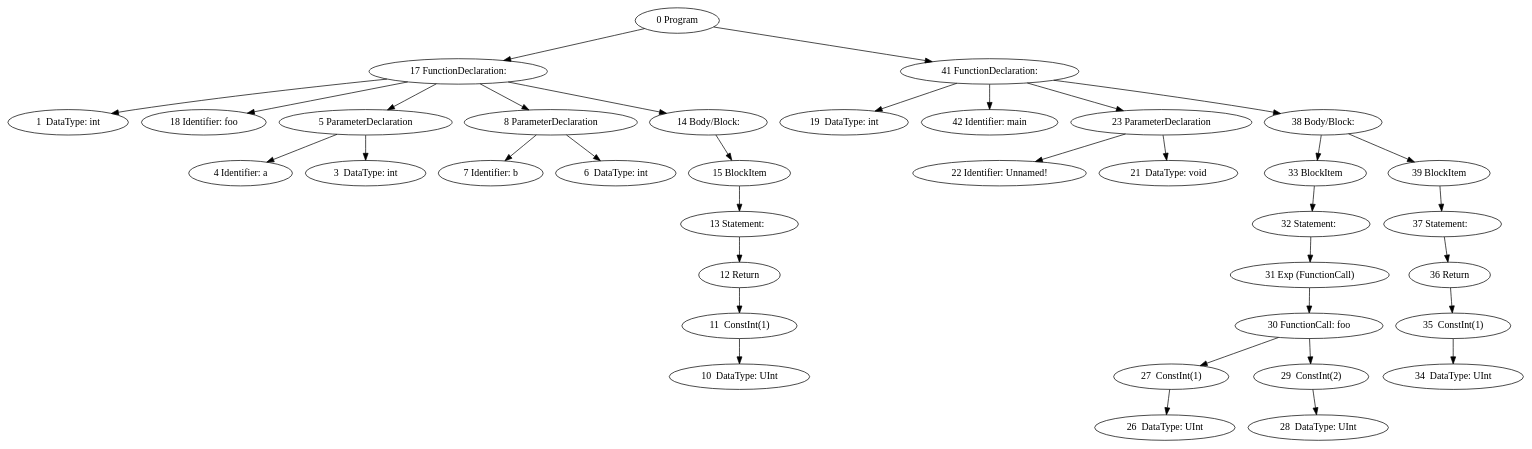
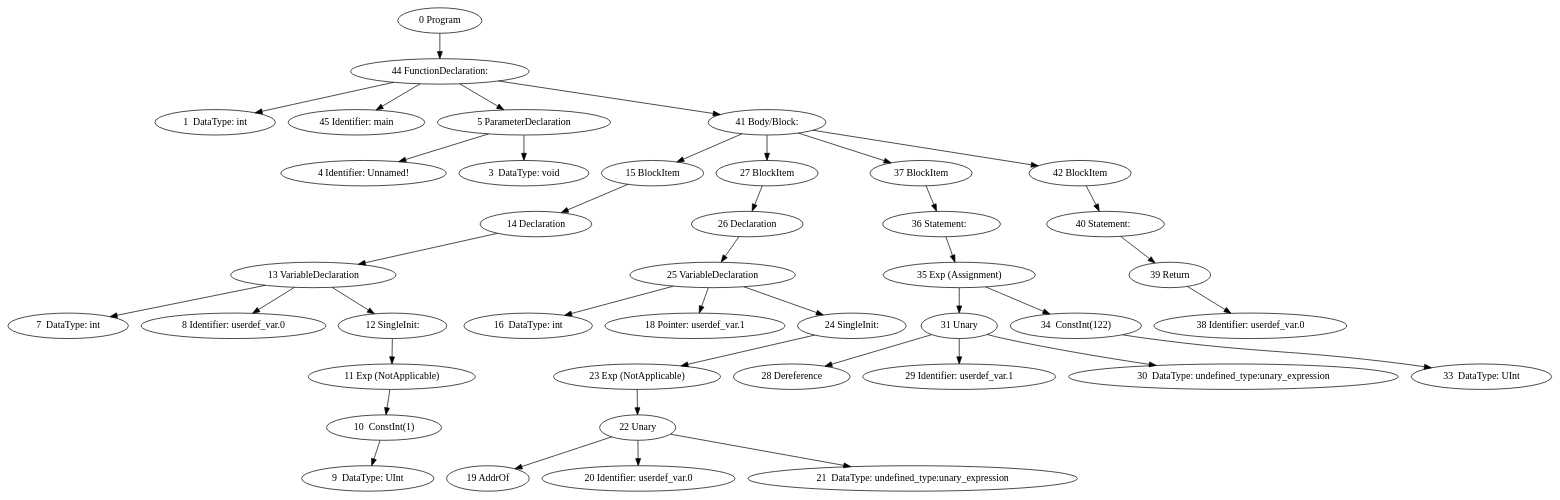
Before and after one commit to Thewbi/stm8_asm: the diagram in abstract_syntax_tree_post_semantic.dot, drawn with Graphviz. The commit also changed 34 other files, not shown here.

```diff
--- a/abstract_syntax_tree_post_semantic.dot
+++ b/abstract_syntax_tree_post_semantic.dot
@@ -1,73 +1,83 @@
 digraph {
 0 [label="0 Program"]
-17 [label="17 FunctionDeclaration: "]
+44 [label="44 FunctionDeclaration: "]
 1 [label="1  DataType: int"]
-17 -> 1
-18 [label="18 Identifier: foo"]
-17 -> 18
-4 [label="4 Identifier: a"]
-3 [label="3  DataType: int"]
+44 -> 1
+45 [label="45 Identifier: main"]
+44 -> 45
+4 [label="4 Identifier: Unnamed!"]
+3 [label="3  DataType: void"]
 5 [label="5 ParameterDeclaration"]
 5 -> 4
 5 -> 3
-17 -> 5
-7 [label="7 Identifier: b"]
-6 [label="6  DataType: int"]
-8 [label="8 ParameterDeclaration"]
-8 -> 7
-8 -> 6
-17 -> 8
-14 [label="14 Body/Block: "]
-17 -> 14
+44 -> 5
+41 [label="41 Body/Block: "]
+44 -> 41
 15 [label="15 BlockItem"]
-11 [label="11  ConstInt(1)"]
-10 [label="10  DataType: UInt"]
+14 [label="14 Declaration"]
+7 [label="7  DataType: int"]
+8 [label="8 Identifier: userdef_var.0"]
+12 [label="12 SingleInit: "]
+11 [label="11 Exp (NotApplicable)"]
+10 [label="10  ConstInt(1)"]
+9 [label="9  DataType: UInt"]
+10 -> 9
 11 -> 10
-12 [label="12 Return"]
 12 -> 11
-13 [label="13 Statement:  "]
+13 [label="13 VariableDeclaration"]
+13 -> 7
+13 -> 8
 13 -> 12
-15 -> 13
-14 -> 15
-0 -> 17
-41 [label="41 FunctionDeclaration: "]
-19 [label="19  DataType: int"]
-41 -> 19
-42 [label="42 Identifier: main"]
+14 -> 13
+15 -> 14
+41 -> 15
+27 [label="27 BlockItem"]
+26 [label="26 Declaration"]
+16 [label="16  DataType: int"]
+18 [label="18 Pointer: userdef_var.1"]
+24 [label="24 SingleInit: "]
+23 [label="23 Exp (NotApplicable)"]
+19 [label="19 AddrOf"]
+20 [label="20 Identifier: userdef_var.0"]
+21 [label="21  DataType: undefined_type:unary_expression"]
+22 [label="22 Unary"]
+22 -> 19
+22 -> 20
+22 -> 21
+23 -> 22
+24 -> 23
+25 [label="25 VariableDeclaration"]
+25 -> 16
+25 -> 18
+25 -> 24
+26 -> 25
+27 -> 26
+41 -> 27
+37 [label="37 BlockItem"]
+35 [label="35 Exp (Assignment)"]
+28 [label="28 Dereference"]
+29 [label="29 Identifier: userdef_var.1"]
+30 [label="30  DataType: undefined_type:unary_expression"]
+31 [label="31 Unary"]
+31 -> 28
+31 -> 29
+31 -> 30
+35 -> 31
+34 [label="34  ConstInt(122)"]
+33 [label="33  DataType: UInt"]
+34 -> 33
+35 -> 34
+36 [label="36 Statement:  "]
+36 -> 35
+37 -> 36
+41 -> 37
+42 [label="42 BlockItem"]
+38 [label="38 Identifier: userdef_var.0"]
+39 [label="39 Return"]
+39 -> 38
+40 [label="40 Statement:  "]
+40 -> 39
+42 -> 40
 41 -> 42
-22 [label="22 Identifier: Unnamed!"]
-21 [label="21  DataType: void"]
-23 [label="23 ParameterDeclaration"]
-23 -> 22
-23 -> 21
-41 -> 23
-38 [label="38 Body/Block: "]
-41 -> 38
-33 [label="33 BlockItem"]
-31 [label="31 Exp (FunctionCall)"]
-30 [label="30 FunctionCall: foo"]
-27 [label="27  ConstInt(1)"]
-26 [label="26  DataType: UInt"]
-27 -> 26
-30 -> 27
-29 [label="29  ConstInt(2)"]
-28 [label="28  DataType: UInt"]
-29 -> 28
-30 -> 29
-31 -> 30
-32 [label="32 Statement:  "]
-32 -> 31
-33 -> 32
-38 -> 33
-39 [label="39 BlockItem"]
-35 [label="35  ConstInt(1)"]
-34 [label="34  DataType: UInt"]
-35 -> 34
-36 [label="36 Return"]
-36 -> 35
-37 [label="37 Statement:  "]
-37 -> 36
-39 -> 37
-38 -> 39
-0 -> 41
+0 -> 44
 }
```
